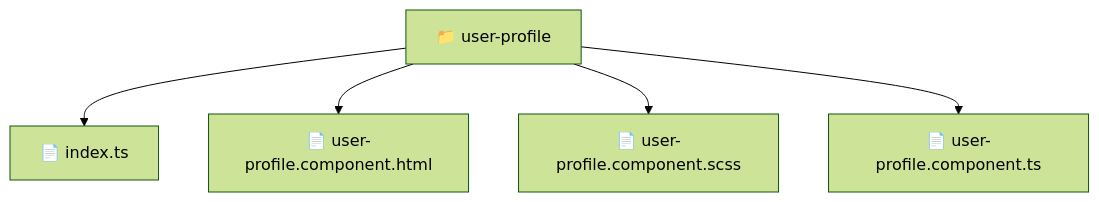
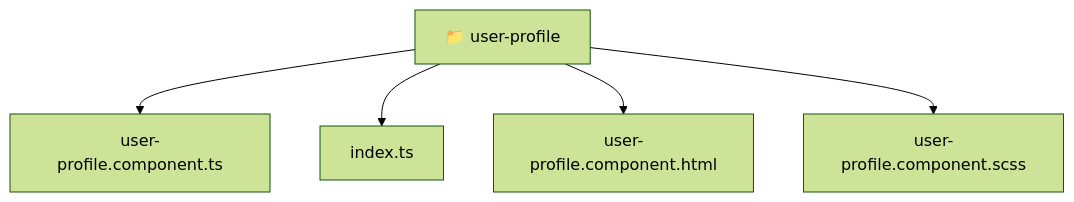
The diagram in frontend/src/pages/user-profile/README.md (beginwebdev2002/fullstack-mavluda), drawn with Mermaid (forest theme) before and after one commit. The commit also changed other lines of this file and 167 other files, not shown here.

````diff
--- a/frontend/src/pages/user-profile/README.md
+++ b/frontend/src/pages/user-profile/README.md
@@ -11,8 +11,12 @@
 ```mermaid
 graph TD
-  Root["📁 user-profile"]
-  Root --> index_ts["📄 index.ts"]
-  Root --> user_profile_component_html["📄 user-profile.component.html"]
-  Root --> user_profile_component_scss["📄 user-profile.component.scss"]
-  Root --> user_profile_component_ts["📄 user-profile.component.ts"]
+  Root_user_profile["📁 user-profile"]
+  f_user_profile_component_ts["user-profile.component.ts"]
+  Root_user_profile --> f_user_profile_component_ts
+  f_index_ts["index.ts"]
+  Root_user_profile --> f_index_ts
+  f_user_profile_component_html["user-profile.component.html"]
+  Root_user_profile --> f_user_profile_component_html
+  f_user_profile_component_scss["user-profile.component.scss"]
+  Root_user_profile --> f_user_profile_component_scss
 ```
````
